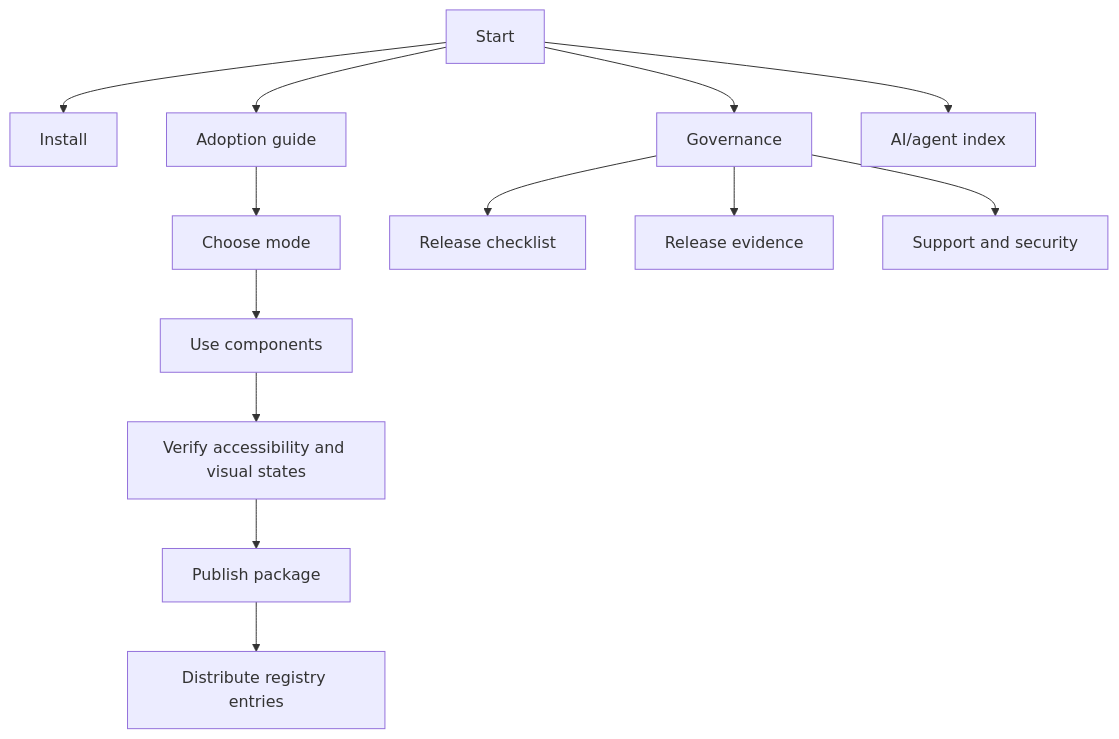
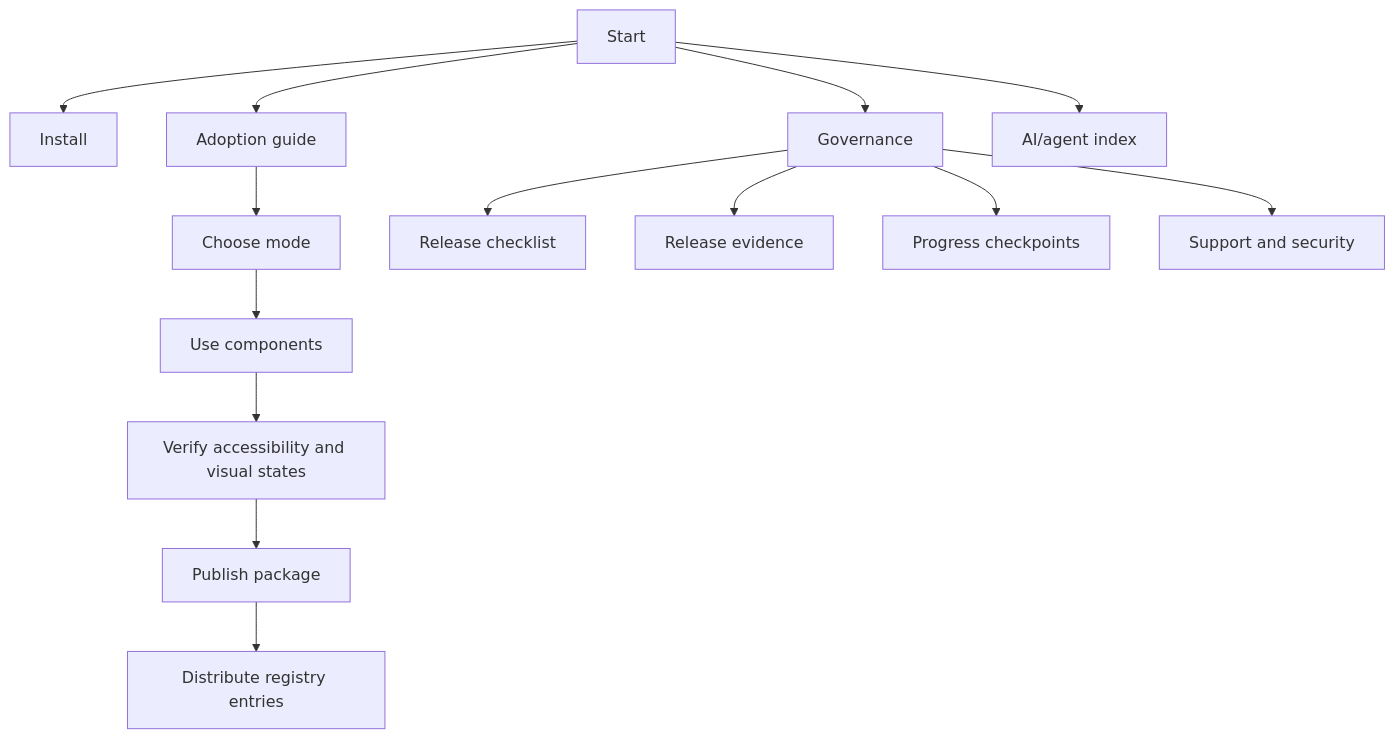
One commit to clean99/liquid-glass changed the diagram in docs/index.md. Above: the diagram before and after it, drawn with Mermaid. The commit also changed other lines of this file and 4 other files, not shown here.

Commit message:
Add governance progress checkpoints

````diff
--- a/docs/index.md
+++ b/docs/index.md
@@ -25,16 +25,17 @@
 ```mermaid
 flowchart TD
   A["Start"] --> B["Install"]
   A --> C["Adoption guide"]
   C --> D["Choose mode"]
   D --> E["Use components"]
   E --> F["Verify accessibility and visual states"]
   F --> G["Publish package"]
   G --> K["Distribute registry entries"]
 
   A --> H["Governance"]
   H --> I["Release checklist"]
   H --> M["Release evidence"]
+  H --> N["Progress checkpoints"]
   H --> J["Support and security"]
   A --> L["AI/agent index"]
 ```
````
